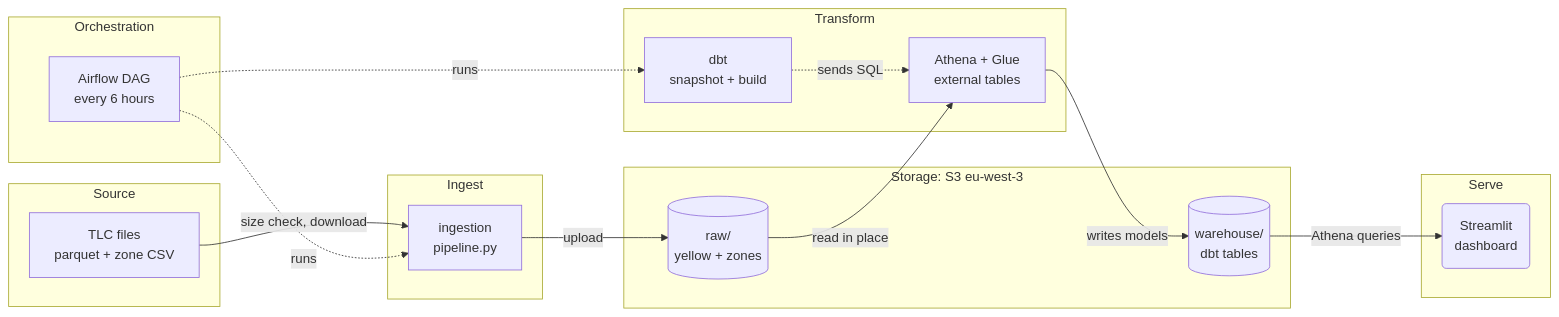
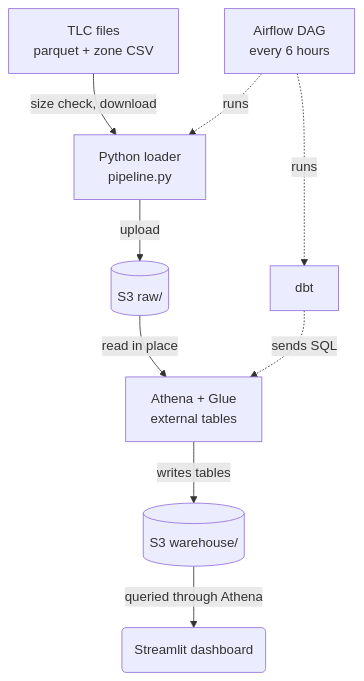
Before and after one commit to MerouaneRH/nyc-taxi-pipeline: the diagram in README.md, drawn with Mermaid. The commit also changed other lines of this file and 1 other file, not shown here.

Commit message:
docs: polish overview and lineage diagrams

````diff
--- a/README.md
+++ b/README.md
@@ -16,31 +16,19 @@
 ```mermaid
-flowchart LR
-    subgraph Source
-        TLC["TLC files<br/>parquet + zone CSV"]
-    end
-    subgraph Ingest
-        ING["ingestion<br/>pipeline.py"]
-    end
-    subgraph Storage["Storage: S3 eu-west-3"]
-        RAW[("raw/<br/>yellow + zones")]
-        WH[("warehouse/<br/>dbt tables")]
-    end
-    subgraph Transform
-        ATH["Athena + Glue<br/>external tables"]
-        DBT["dbt<br/>snapshot + build"]
-    end
-    subgraph Serve
-        APP("Streamlit<br/>dashboard")
-    end
-    subgraph Orchestration
-        AF["Airflow DAG<br/>every 6 hours"]
-    end
+flowchart TB
+    AF["Airflow DAG<br/>every 6 hours"]
+    TLC["TLC files<br/>parquet + zone CSV"]
+    ING["Python loader<br/>pipeline.py"]
+    RAW[("S3 raw/")]
+    ATH["Athena + Glue<br/>external tables"]
+    DBT["dbt"]
+    WH[("S3 warehouse/")]
+    APP("Streamlit dashboard")
     TLC -->|"size check, download"| ING
     ING -->|"upload"| RAW
     RAW -->|"read in place"| ATH
-    DBT -.->|"sends SQL"| ATH
-    ATH -->|"writes models"| WH
-    WH -->|"Athena queries"| APP
+    ATH -->|"writes tables"| WH
+    WH -->|"queried through Athena"| APP
     AF -.->|"runs"| ING
     AF -.->|"runs"| DBT
+    DBT -.->|"sends SQL"| ATH
 ```
````
